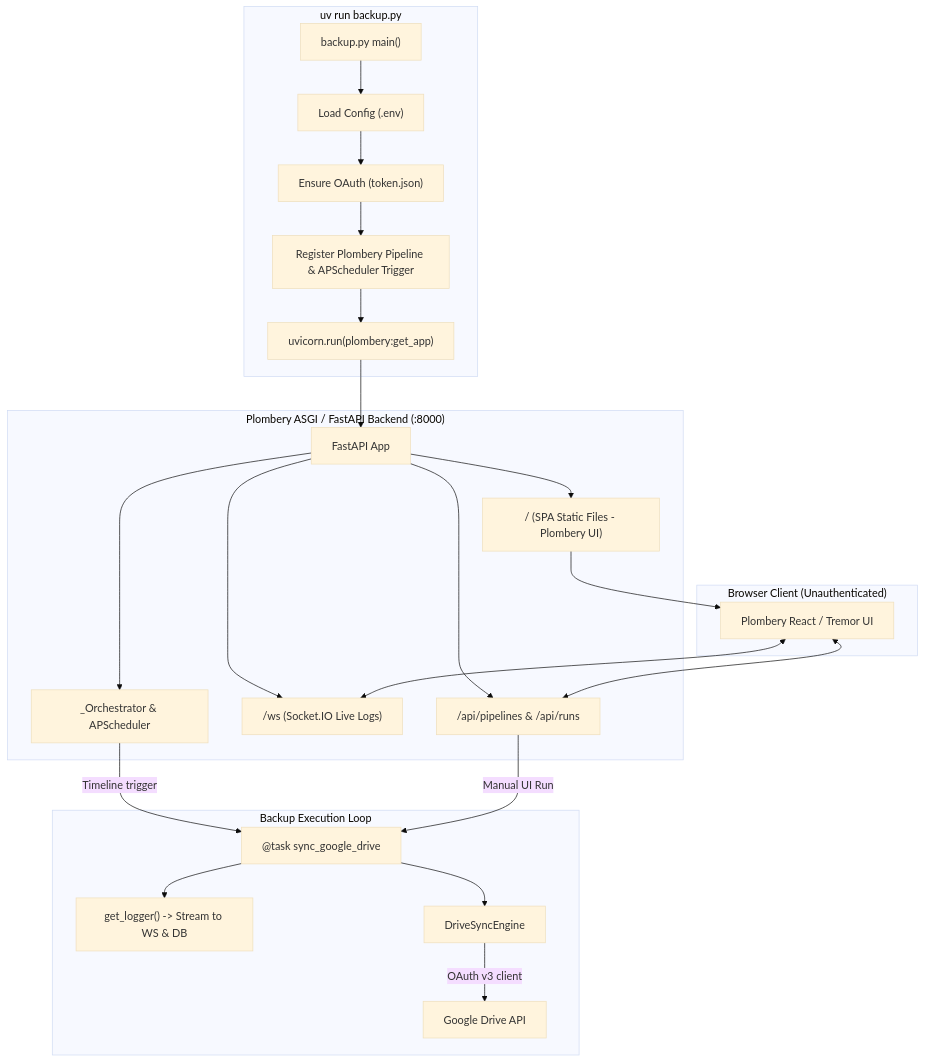
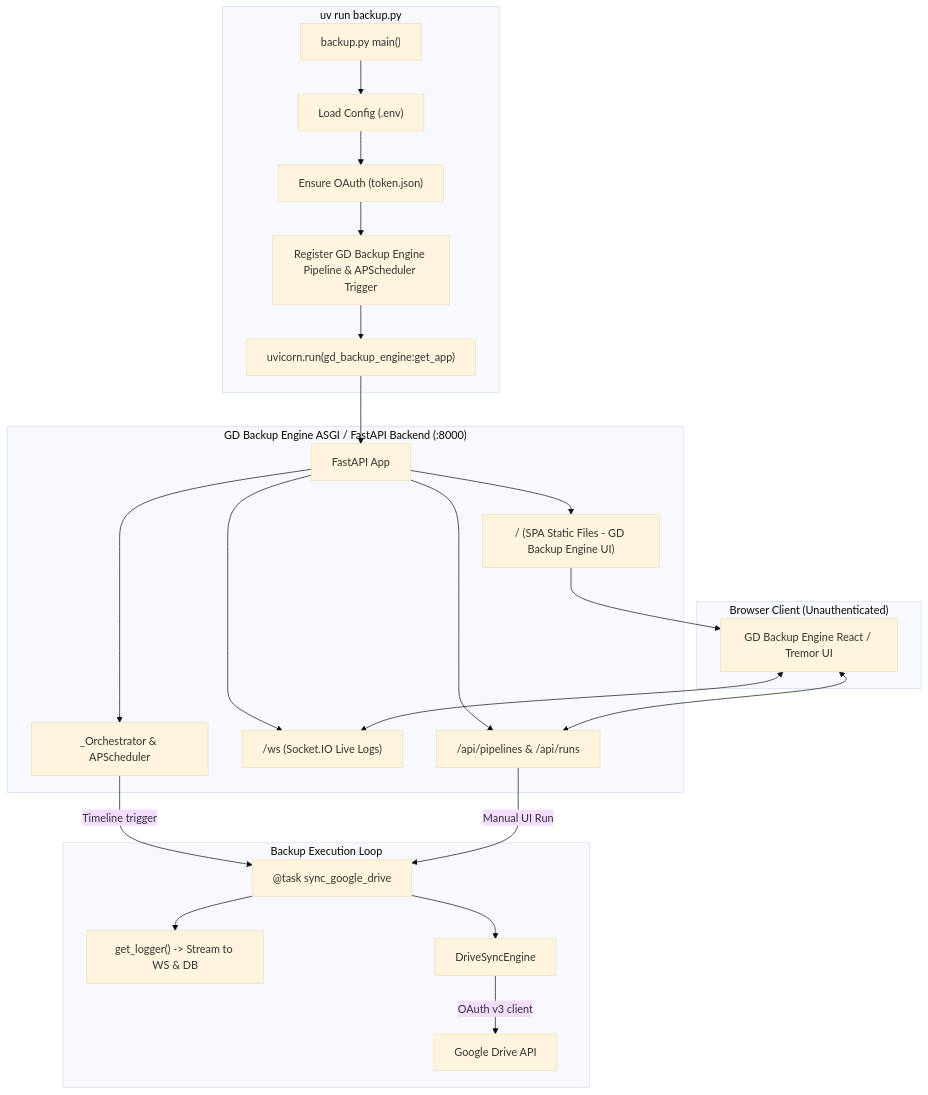
Before and after one commit to duksosleepy/gd-backup: the diagram in docs/plans/2026-11-11-1728-feat-gd-backup-scheduler-ui-plan.md, drawn with Mermaid (base theme). The commit also changed other lines of this file and 11 other files, not shown here.

````diff
--- a/docs/plans/2026-11-11-1728-feat-gd-backup-scheduler-ui-plan.md
+++ b/docs/plans/2026-11-11-1728-feat-gd-backup-scheduler-ui-plan.md
@@ -136,31 +136,31 @@
 ```mermaid
 flowchart TD
     subgraph CLI["uv run backup.py"]
         ENTRY["backup.py main()"] --> LOAD_CONF["Load Config (.env)"]
         LOAD_CONF --> INIT_AUTH["Ensure OAuth (token.json)"]
-        INIT_AUTH --> REG_PIPE["Register Plombery Pipeline & APScheduler Trigger"]
-        REG_PIPE --> UVICORN["uvicorn.run(plombery:get_app)"]
+        INIT_AUTH --> REG_PIPE["Register GD Backup Engine Pipeline & APScheduler Trigger"]
+        REG_PIPE --> UVICORN["uvicorn.run(gd_backup_engine:get_app)"]
     end
 
-    subgraph Backend["Plombery ASGI / FastAPI Backend (:8000)"]
+    subgraph Backend["GD Backup Engine ASGI / FastAPI Backend (:8000)"]
         UVICORN --> FASTAPI["FastAPI App"]
         FASTAPI --> REST["/api/pipelines & /api/runs"]
         FASTAPI --> WS["/ws (Socket.IO Live Logs)"]
-        FASTAPI --> STATIC["/ (SPA Static Files - Plombery UI)"]
+        FASTAPI --> STATIC["/ (SPA Static Files - GD Backup Engine UI)"]
         FASTAPI --> ORCH["_Orchestrator & APScheduler"]
     end
 
     subgraph Execution["Backup Execution Loop"]
         ORCH -- "Timeline trigger" --> TASK["@task sync_google_drive"]
         REST -- "Manual UI Run" --> TASK
         TASK --> LOGGER["get_logger() -> Stream to WS & DB"]
         TASK --> DRIVE["DriveSyncEngine"]
         DRIVE -- "OAuth v3 client" --> GOOGLE_DRIVE["Google Drive API"]
     end
 
     subgraph Browser["Browser Client (Unauthenticated)"]
-        STATIC --> UI["Plombery React / Tremor UI"]
+        STATIC --> UI["GD Backup Engine React / Tremor UI"]
         UI <--> REST
         UI <--> WS
     end
 ```
````
